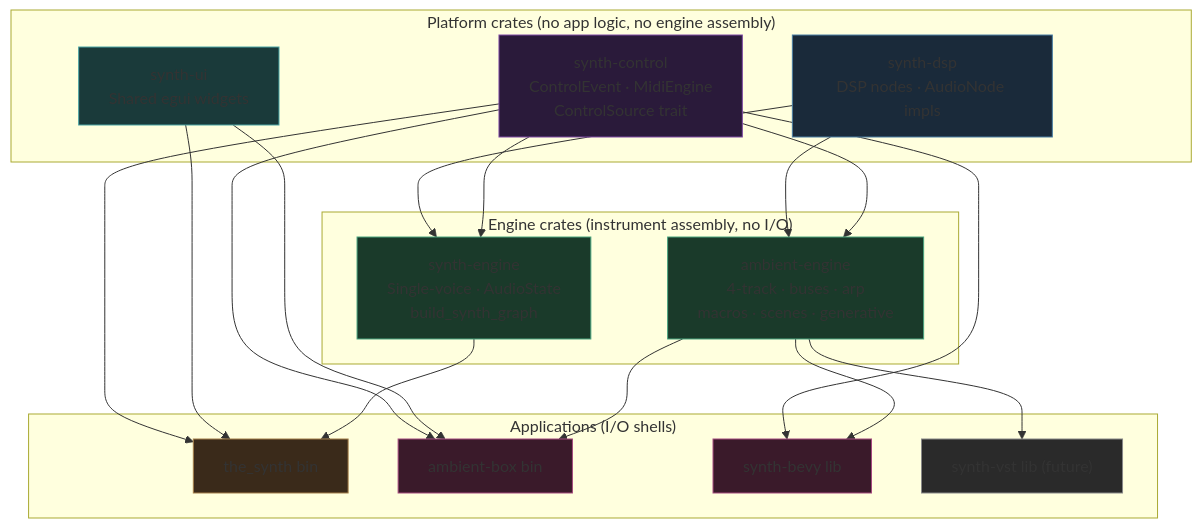
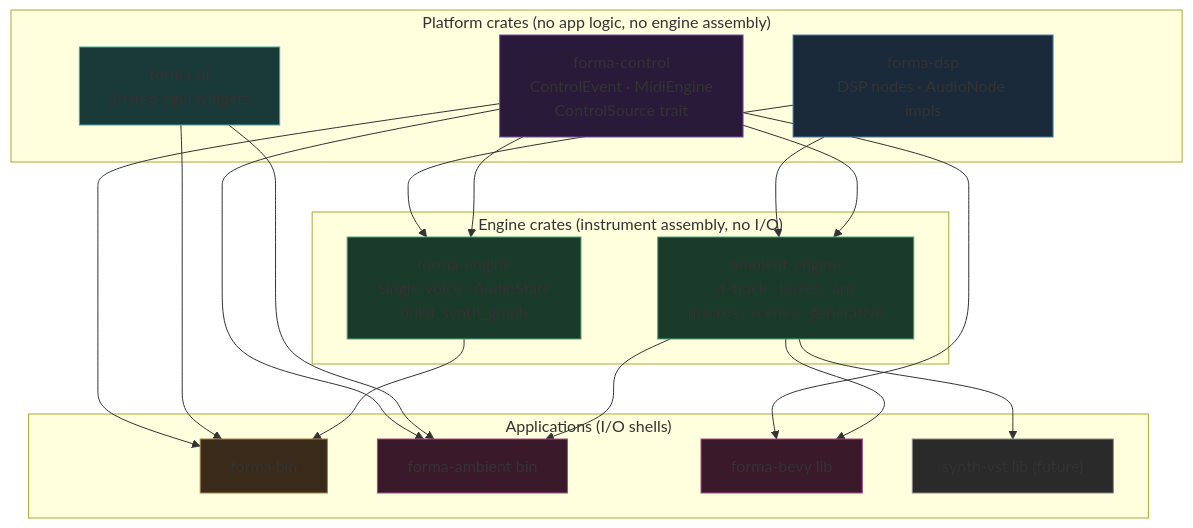
One commit to Ven7u/the_synth changed the tenth of 16 diagrams in doc/ambient-architecture-proposal.md. Above: the diagram before and after it, drawn with Mermaid. The commit also changed other lines of this file and 143 other files, not shown here.

````diff
--- a/doc/ambient-architecture-proposal.md
+++ b/doc/ambient-architecture-proposal.md
@@ -696,36 +696,36 @@
 ```mermaid
 graph TD
     subgraph PLATFORM["Platform crates  (no app logic, no engine assembly)"]
-        DSP["synth-dsp\nDSP nodes · AudioNode impls"]
-        CTRL["synth-control\nControlEvent · MidiEngine\nControlSource trait"]
-        UI["synth-ui\nShared egui widgets"]
+        DSP["forma-dsp\nDSP nodes · AudioNode impls"]
+        CTRL["forma-control\nControlEvent · MidiEngine\nControlSource trait"]
+        UI["forma-ui\nShared egui widgets"]
     end
 
     subgraph ENGINES["Engine crates  (instrument assembly, no I/O)"]
-        SE["synth-engine\nSingle-voice · AudioState\nbuild_synth_graph"]
+        SE["forma-engine\nSingle-voice · AudioState\nbuild_synth_graph"]
         AE["ambient-engine\n4-track · buses · arp\nmacros · scenes · generative"]
     end
 
     subgraph APPS["Applications  (I/O shells)"]
-        TS["the_synth  bin"]
-        AB["ambient-box  bin"]
-        BEVY["synth-bevy  lib"]
+        TS["forma  bin"]
+        AB["forma-ambient  bin"]
+        BEVY["forma-bevy  lib"]
         VST["synth-vst  lib  (future)"]
     end
 
     DSP --> SE & AE
     CTRL --> SE & AE & TS & AB & BEVY
     UI  --> TS & AB
     SE  --> TS
     AE  --> AB & BEVY & VST
 
     style DSP  fill:#1a2a3a,stroke:#4a7fa5
     style CTRL fill:#2a1a3a,stroke:#7f4aa5
     style UI   fill:#1a3a3a,stroke:#4aa5a5
     style SE   fill:#1a3a2a,stroke:#4aa57f
     style AE   fill:#1a3a2a,stroke:#4aa57f
     style TS   fill:#3a2a1a,stroke:#a57f4a
     style AB   fill:#3a1a2a,stroke:#a54a7f
     style BEVY fill:#3a1a2a,stroke:#a54a7f
     style VST  fill:#2a2a2a,stroke:#888888
 ```
````
